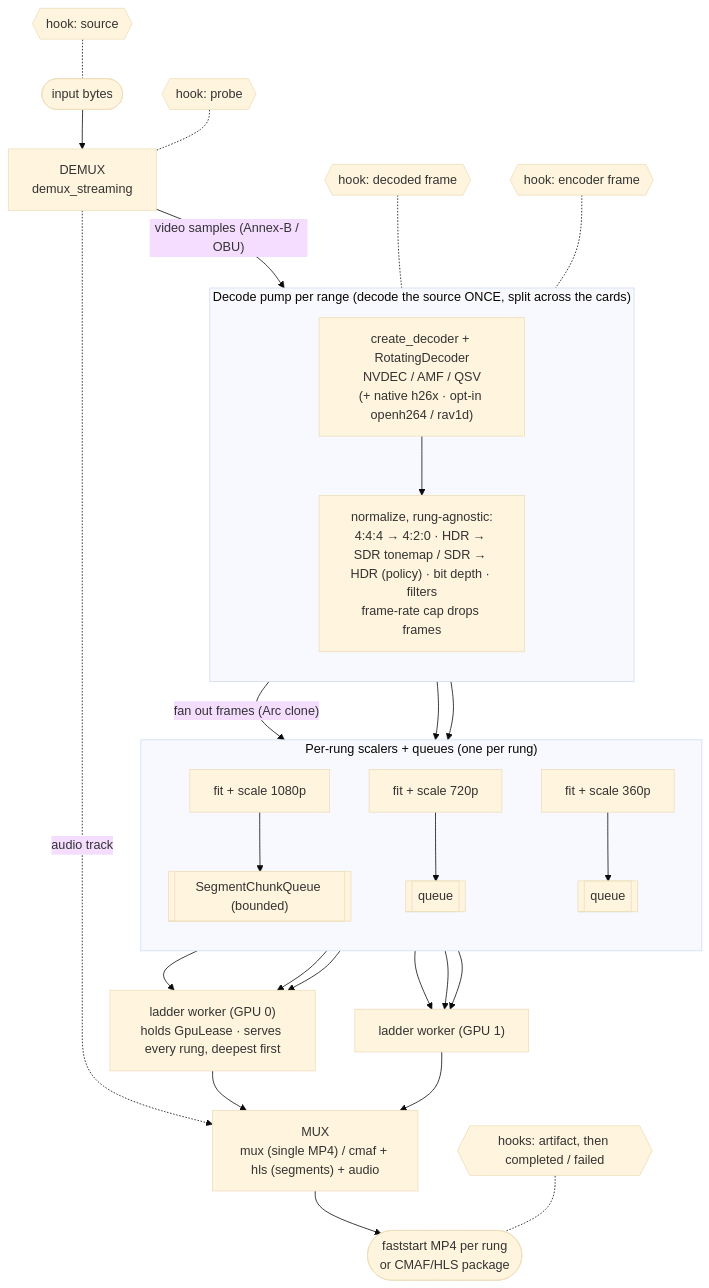
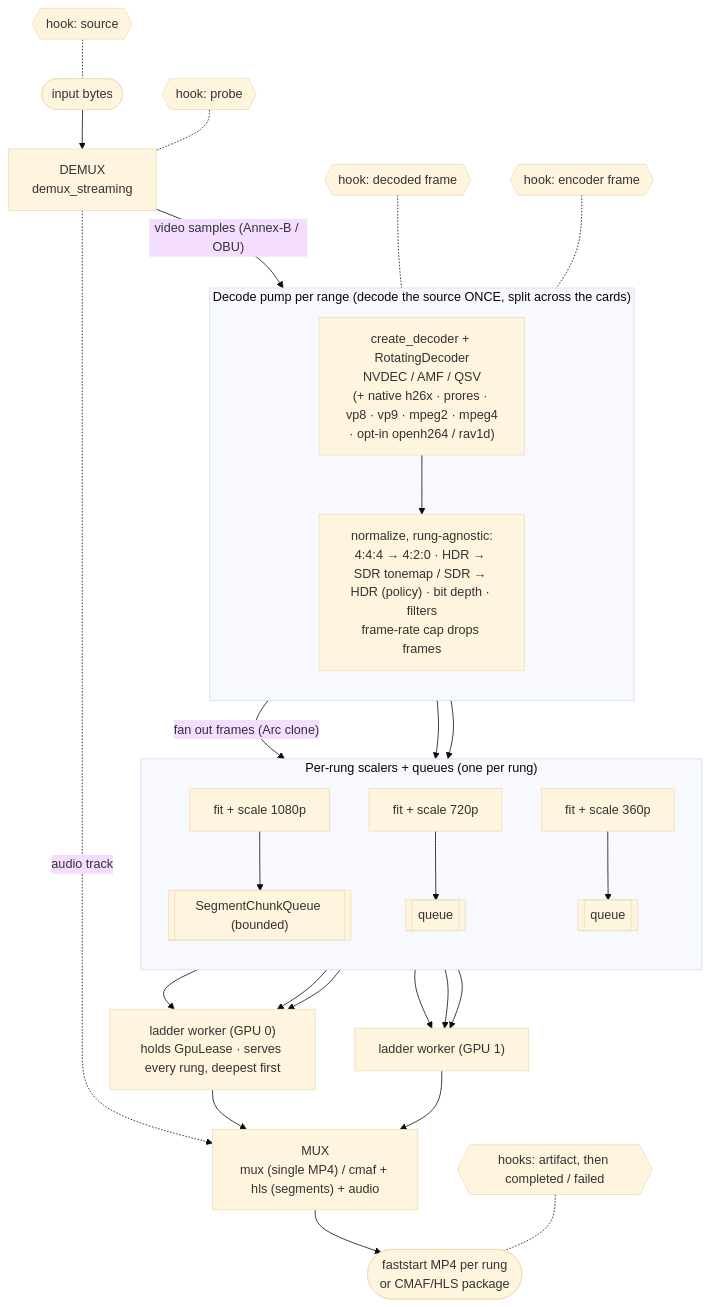
The first of 2 diagrams in docs/pipeline.md (rivet-transcoder/rivet), drawn with Mermaid (base theme) before and after one commit. The commit also changed other lines of this file and 13 other files, not shown here.

````diff
--- a/docs/pipeline.md
+++ b/docs/pipeline.md
@@ -39,42 +44,42 @@
 ```mermaid
 flowchart TD
     IN([input bytes]) --> DEMUX["DEMUX<br/>demux_streaming"]
     DEMUX -.->|audio track| MUX
     DEMUX -->|"video samples (Annex-B / OBU)"| DEC
 
     subgraph PUMP["Decode pump per range (decode the source ONCE, split across the cards)"]
         direction TB
-        DEC["create_decoder + RotatingDecoder<br/>NVDEC / AMF / QSV<br/>(+ native h26x · opt-in openh264 / rav1d)"]
+        DEC["create_decoder + RotatingDecoder<br/>NVDEC / AMF / QSV<br/>(+ native h26x · prores · vp8 · vp9 · mpeg2 · mpeg4<br/>· opt-in openh264 / rav1d)"]
         DEC --> NORM["normalize, rung-agnostic:<br/>4:4:4 → 4:2:0 · HDR → SDR tonemap / SDR → HDR (policy) · bit depth · filters<br/>frame-rate cap drops frames"]
     end
 
     NORM -->|"fan out frames (Arc clone)"| SC1
     NORM --> SC2
     NORM --> SC3
 
     subgraph SCALERS["Per-rung scalers + queues (one per rung)"]
         direction TB
         SC1["fit + scale 1080p"] --> Q1[["SegmentChunkQueue (bounded)"]]
         SC2["fit + scale 720p"] --> Q2[["queue"]]
         SC3["fit + scale 360p"] --> Q3[["queue"]]
     end
 
     Q1 --> W1["ladder worker (GPU 0)<br/>holds GpuLease · serves every rung, deepest first"]
     Q2 --> W1
     Q3 --> W1
     Q1 --> W2["ladder worker (GPU 1)"]
     Q2 --> W2
     Q3 --> W2
 
     W1 --> MUX
     W2 --> MUX
 
     MUX["MUX<br/>mux (single MP4) / cmaf + hls (segments) + audio"]
     MUX --> OUT([faststart MP4 per rung<br/>or CMAF/HLS package])
 
     HS{{"hook: source"}} -.- IN
     HP{{"hook: probe"}} -.- DEMUX
     HD{{"hook: decoded frame"}} -.- DEC
     HE{{"hook: encoder frame"}} -.- NORM
     HA{{"hooks: artifact, then completed / failed"}} -.- OUT
 ```
````
